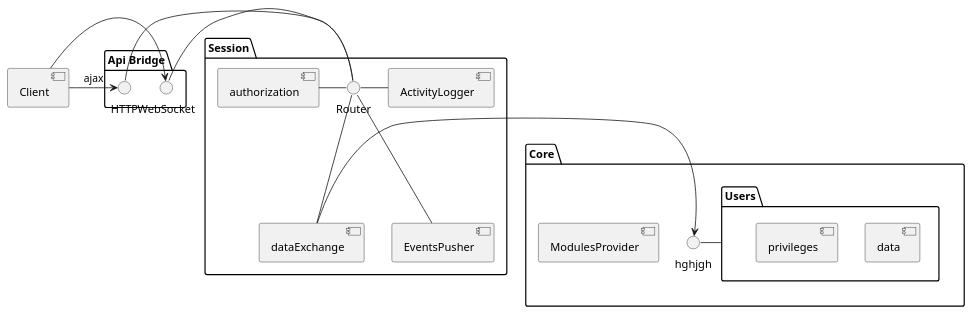
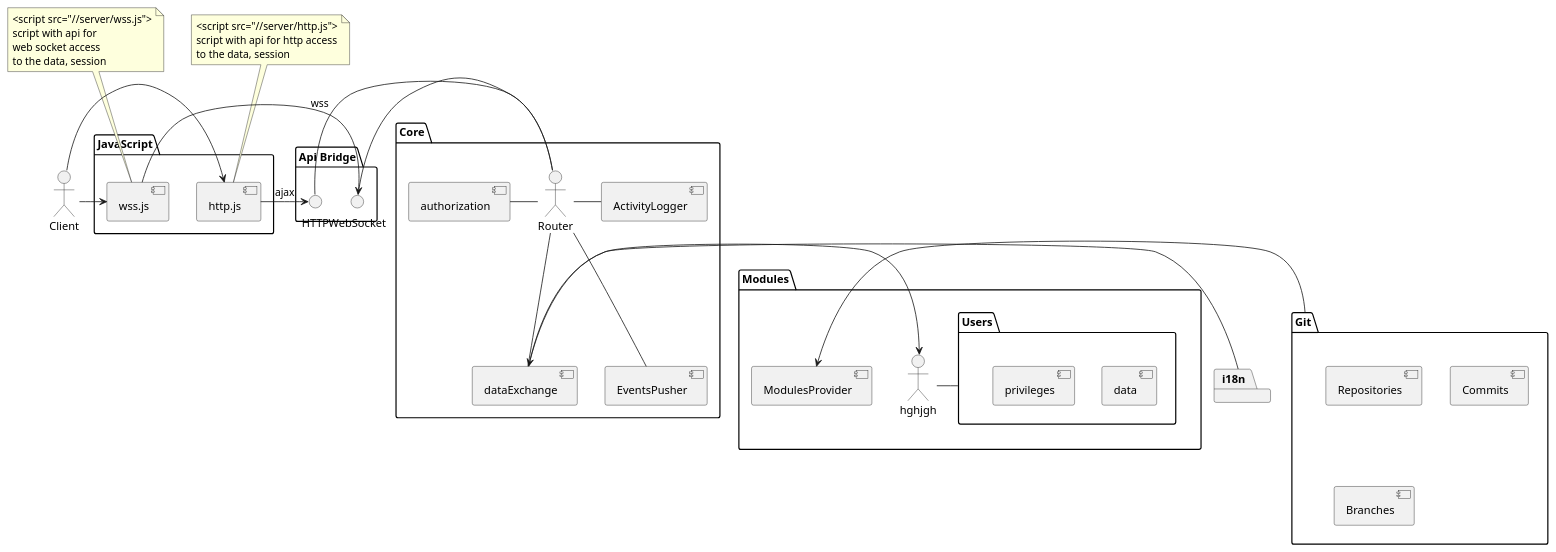
Before and after one commit to justgook/shaman: the diagram in src/Server.puml, drawn with PlantUML. The commit also changed 1 other file, not shown here.

Commit message:
Server and client server schemas Update

```diff
--- a/src/Server.puml
+++ b/src/Server.puml
@@ -1,35 +1,70 @@
 @startuml
 
 
+package "JavaScript" {
+    [wss.js]
+    [http.js]
+}
 
 package "Api Bridge" {
 ()HTTP
 ()WebSocket
 }
 
-[Client] -> WebSocket
-[Client] -> HTTP :ajax
+:Client: -> [wss.js]
+:Client: -> [http.js]
 
-package "Session" {
+[wss.js] -> WebSocket:wss
+[http.js] -> HTTP :ajax
+
+package "Core" {
     [authorization] - Router
     ()Router - [ActivityLogger]
     Router -- [dataExchange]
     Router -- [EventsPusher]
 
 }
 
 WebSocket - Router
 HTTP - Router
 
-package "Core" {
+package "Modules" {
     [ModulesProvider]
     hghjgh - Users
 }
 
 package "Users" {
-    [data]
-    [privileges]
+     [data]
+     [privileges]
+ }
+
+i18n -> dataExchange
+package "i18n" {
+
 }
-dataExchange -> hghjgh  
+
+Git ->  ModulesProvider
+
+package "Git" {
+    [Repositories]
+    [Commits]
+    [Branches]
+}
+
+dataExchange -> hghjgh
+
+    note top of wss.js
+        <script src="//server/wss.js">
+        script with api for
+        web socket access
+        to the data, session
+    end note
+
+    note top of http.js
+        <script src="//server/http.js">
+        script with api for http access
+        to the data, session
+    end note
+
 
 @enduml
```
